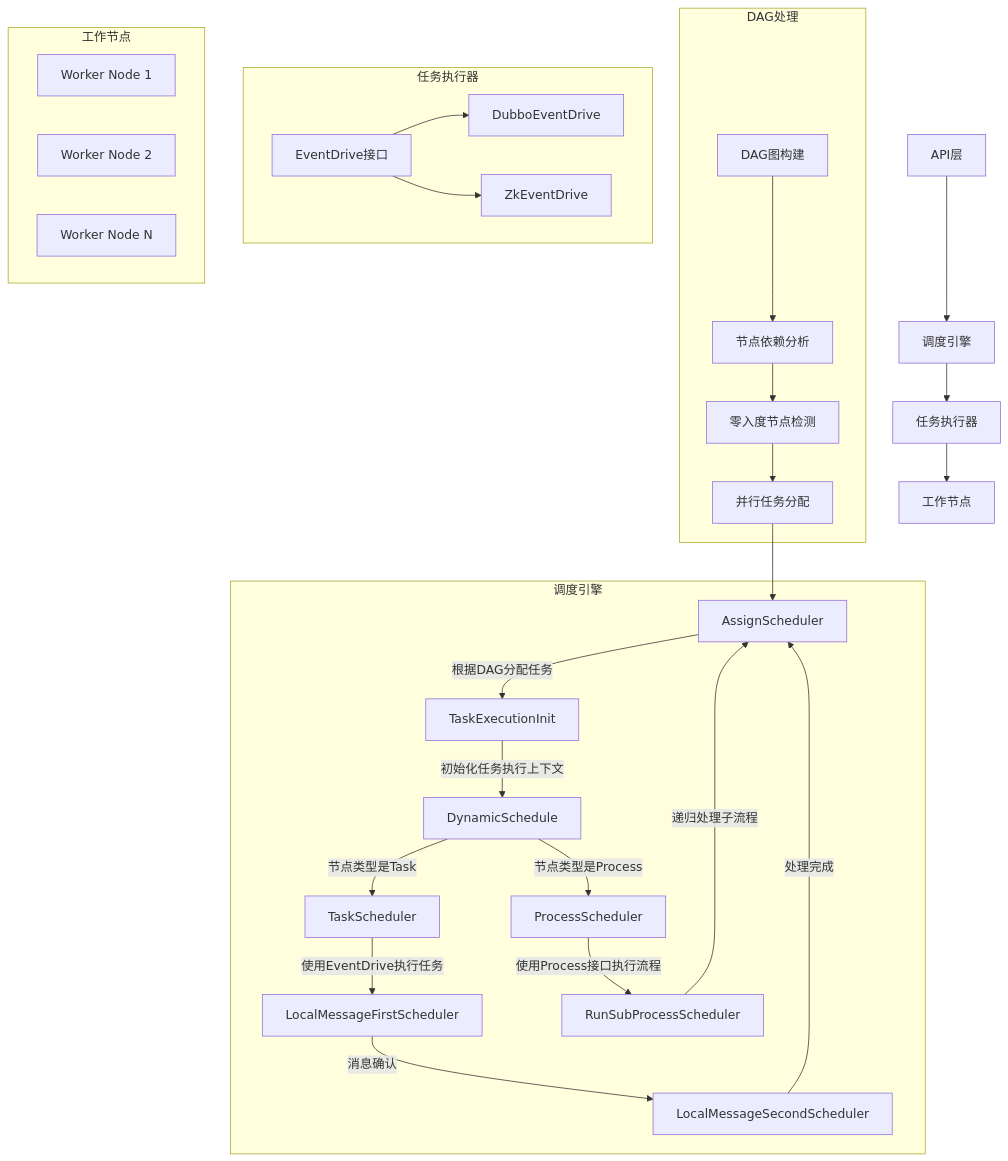
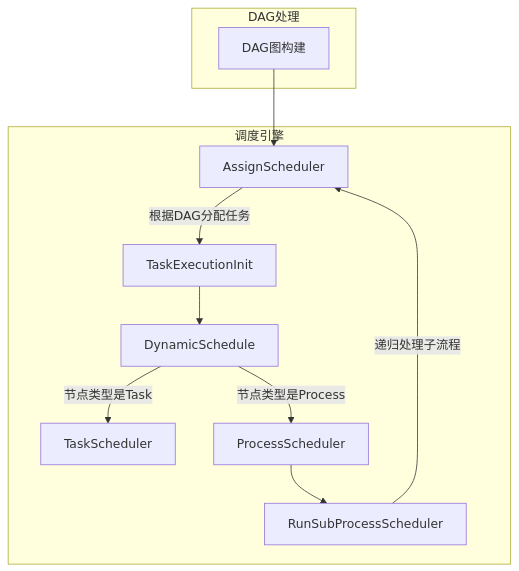
Before and after one commit to xsinxcos/Piper-AI: the diagram in README.md, drawn with Mermaid. The commit also changed other lines of this file, not shown here.

Commit message:
feat：readme 文件更新

````diff
--- a/README.md
+++ b/README.md
@@ -7,37 +7,18 @@
 ```mermaid
 graph TD
-    A[API层] --> B[调度引擎]
-    B --> C[任务执行器]
-    C --> D[工作节点]
-    
+  
     subgraph 调度引擎
         B1[AssignScheduler] -->|根据DAG分配任务| B2[TaskExecutionInit]
-        B2 -->|初始化任务执行上下文| B3[DynamicSchedule]
+        B2 --> B3[DynamicSchedule]
         B3 -->|节点类型是Task| B4[TaskScheduler]
         B3 -->|节点类型是Process| B5[ProcessScheduler]
-        B4 -->|使用EventDrive执行任务| B6[LocalMessageFirstScheduler]
-        B5 -->|使用Process接口执行流程| B7[RunSubProcessScheduler]
-        B6 -->|消息确认| B8[LocalMessageSecondScheduler]
+        B5 --> B7[RunSubProcessScheduler]
         B7 -->|递归处理子流程| B1
-        B8 -->|处理完成| B1
     end
-    
+  
     subgraph DAG处理
-        E1[DAG图构建] --> E2[节点依赖分析]
-        E2 --> E3[零入度节点检测]
-        E3 --> E4[并行任务分配]
+        E1[DAG图构建]
     end
-    
-    subgraph 任务执行器
-        C1[EventDrive接口] --> C2[DubboEventDrive]
-        C1 --> C3[ZkEventDrive]
-    end
-    
-    subgraph 工作节点
-        D1[Worker Node 1]
-        D2[Worker Node 2]
-        D3[Worker Node N]
-    end
-    
-    E4 --> B1
+  
+    E1 --> B1
 ```
````
